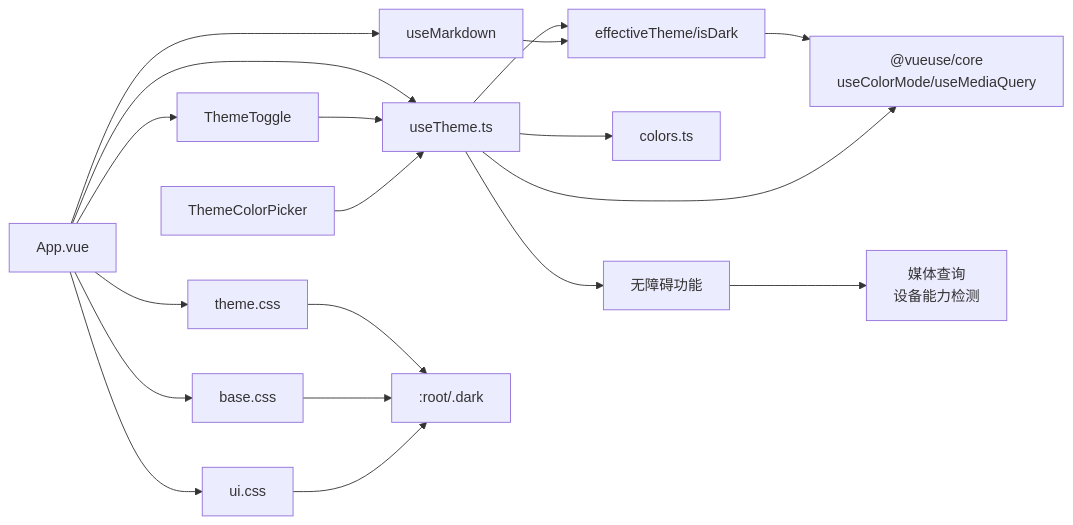
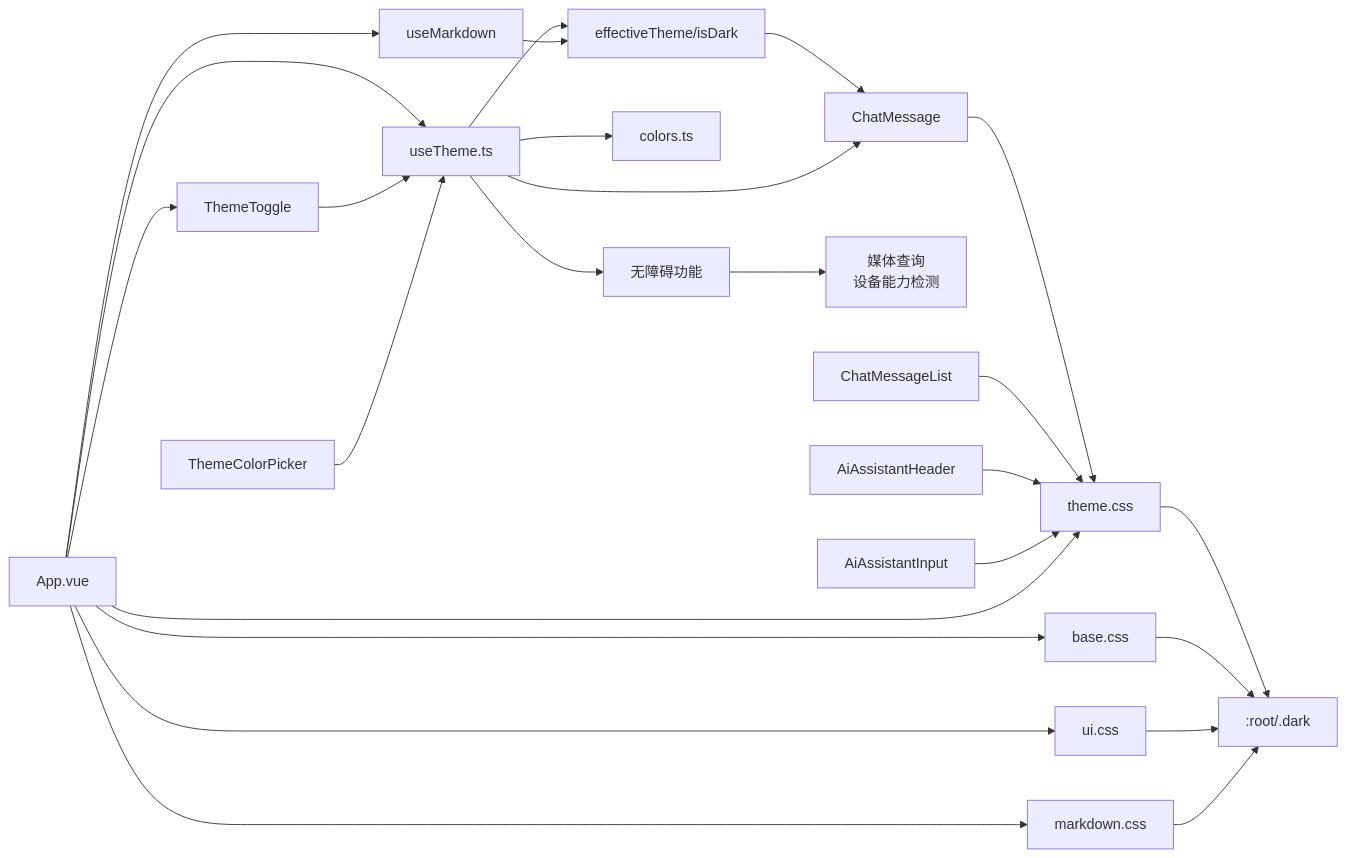
One commit to xixixiaoyu/Todo changed the seventh of 7 diagrams in .qoder/repowiki/zh/content/前端开发/UI组件库/主题系统.md. Above: the diagram before and after it, drawn with Mermaid. The commit also changed other lines of this file and 6 other files, not shown here.

````diff
--- a/.qoder/repowiki/zh/content/前端开发/UI组件库/主题系统.md
+++ b/.qoder/repowiki/zh/content/前端开发/UI组件库/主题系统.md
@@ -418,21 +482,27 @@
 ```mermaid
 graph LR
 ET["effectiveTheme/isDark"] --> CM["@vueuse/core<br/>useColorMode/useMediaQuery"]
 UT["useTheme.ts"] --> ET
 UT --> CM
 UT --> CL["colors.ts"]
 UT --> AC["无障碍功能"]
 AC --> MQ["媒体查询<br/>设备能力检测"]
 APP["App.vue"] --> UT
 TTOGGLE["ThemeToggle"] --> UT
 MD["useMarkdown"] --> ET
 THEME["theme.css"] --> ROOT[":root/.dark"]
 BASE["base.css"] --> ROOT
 UI["ui.css"] --> ROOT
+MDC["markdown.css"] --> ROOT
 TCP["ThemeColorPicker"] --> UT
+CM["ChatMessage"] --> THEME
+CML["ChatMessageList"] --> THEME
+AIH["AiAssistantHeader"] --> THEME
+AII["AiAssistantInput"] --> THEME
 APP --> THEME
 APP --> BASE
 APP --> UI
+APP --> MDC
 APP --> TTOGGLE
 APP --> MD
 ```
````
